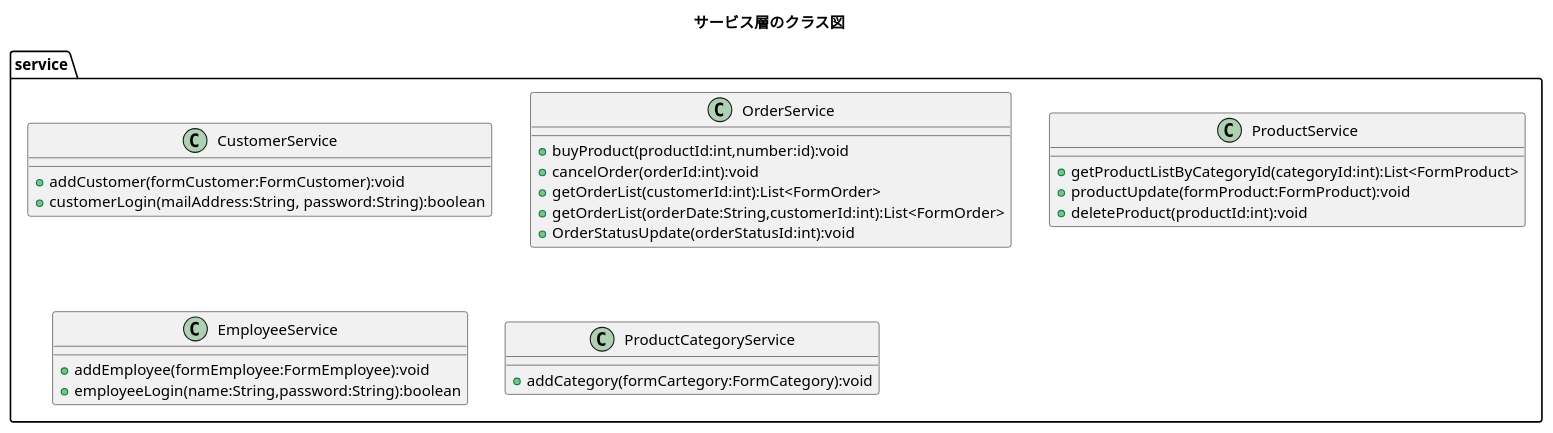
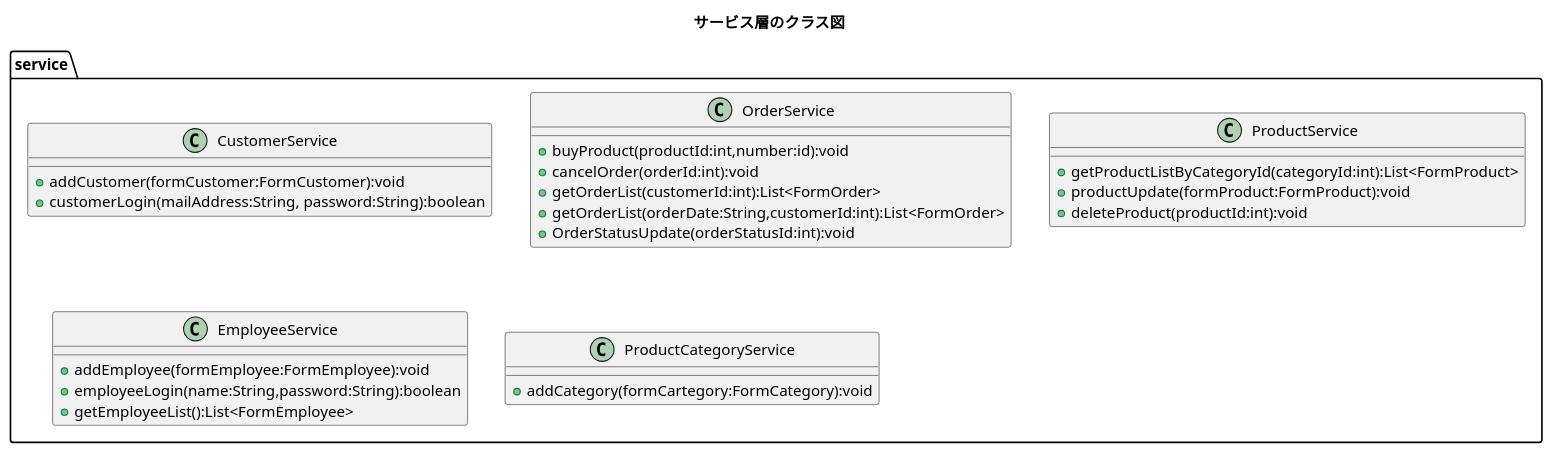
One commit to kanavii3333/ec-b changed the diagram in plan/uml/class/service.plantuml. Above: the diagram before and after it, drawn with PlantUML. The commit also changed 2 other files, not shown here.

```diff
--- a/plan/uml/class/service.plantuml
+++ b/plan/uml/class/service.plantuml
@@ -1,33 +1,34 @@
 @startuml
 title サービス層のクラス図
 package service{
 	class CustomerService{
 		+ addCustomer(formCustomer:FormCustomer):void
 		+ customerLogin(mailAddress:String, password:String):boolean
 	}
 	
 	class OrderService{
 		+ buyProduct(productId:int,number:id):void
 		+ cancelOrder(orderId:int):void
 		+ getOrderList(customerId:int):List<FormOrder>
 		+ getOrderList(orderDate:String,customerId:int):List<FormOrder>
 		+ OrderStatusUpdate(orderStatusId:int):void
 	}
 	
 	class ProductService{
 		+ getProductListByCategoryId(categoryId:int):List<FormProduct>
 		+ productUpdate(formProduct:FormProduct):void
 		+ deleteProduct(productId:int):void
 	}
 
 
 	class EmployeeService{
 		+ addEmployee(formEmployee:FormEmployee):void
 		+ employeeLogin(name:String,password:String):boolean
+		+ getEmployeeList():List<FormEmployee>
 	}
 	
 	class ProductCategoryService{
 		+ addCategory(formCartegory:FormCategory):void
 	}	
 }
 @enduml
```
